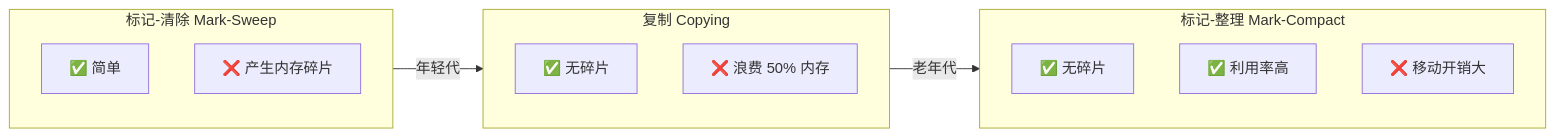
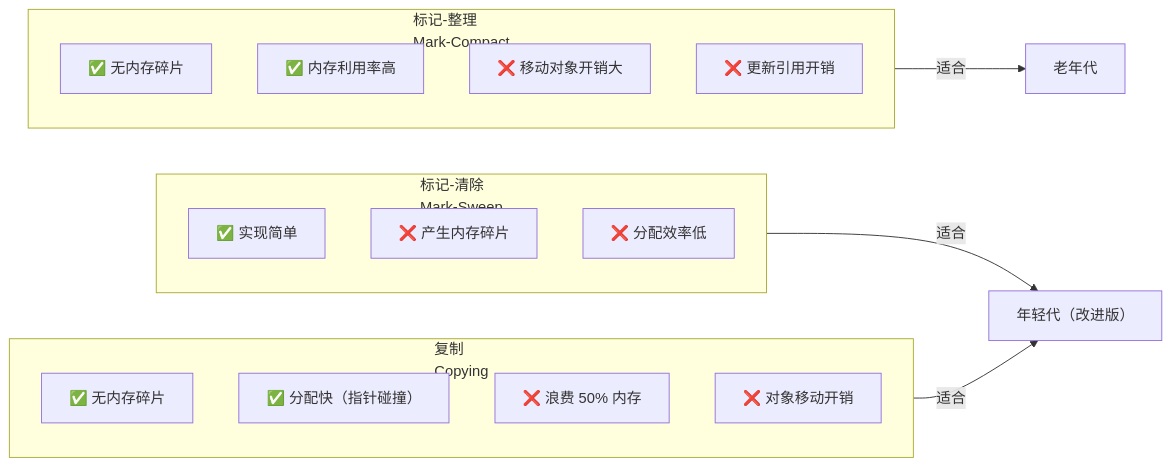
Before and after one commit to coolzhul/java-fullstack-knowledge: the second of 8 diagrams in src/java-advanced/gc.md, drawn with Mermaid. The commit also changed other lines of this file and 2 other files, not shown here.

````diff
--- a/src/java-advanced/gc.md
+++ b/src/java-advanced/gc.md
@@ -58,18 +120,24 @@
 ```mermaid
 graph LR
-    subgraph MS["标记-清除 Mark-Sweep"]
-        MS1["✅ 简单"]
+    subgraph MS["标记-清除<br/>Mark-Sweep"]
+        MS1["✅ 实现简单"]
         MS2["❌ 产生内存碎片"]
+        MS3["❌ 分配效率低"]
     end
-    subgraph CP["复制 Copying"]
-        CP1["✅ 无碎片"]
-        CP2["❌ 浪费 50% 内存"]
+    subgraph CP["复制<br/>Copying"]
+        CP1["✅ 无内存碎片"]
+        CP2["✅ 分配快（指针碰撞）"]
+        CP3["❌ 浪费 50% 内存"]
+        CP4["❌ 对象移动开销"]
     end
-    subgraph MC["标记-整理 Mark-Compact"]
-        MC1["✅ 无碎片"]
-        MC2["✅ 利用率高"]
-        MC3["❌ 移动开销大"]
+    subgraph MC["标记-整理<br/>Mark-Compact"]
+        MC1["✅ 无内存碎片"]
+        MC2["✅ 内存利用率高"]
+        MC3["❌ 移动对象开销大"]
+        MC4["❌ 更新引用开销"]
     end
-    MS -->|"年轻代"| CP
-    CP -->|"老年代"| MC
+
+    MS -->|"适合"| Young["年轻代（改进版）"]
+    CP -->|"适合"| Young
+    MC -->|"适合"| Old["老年代"]
 ```
````
